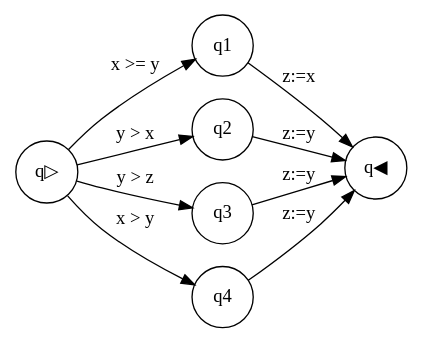
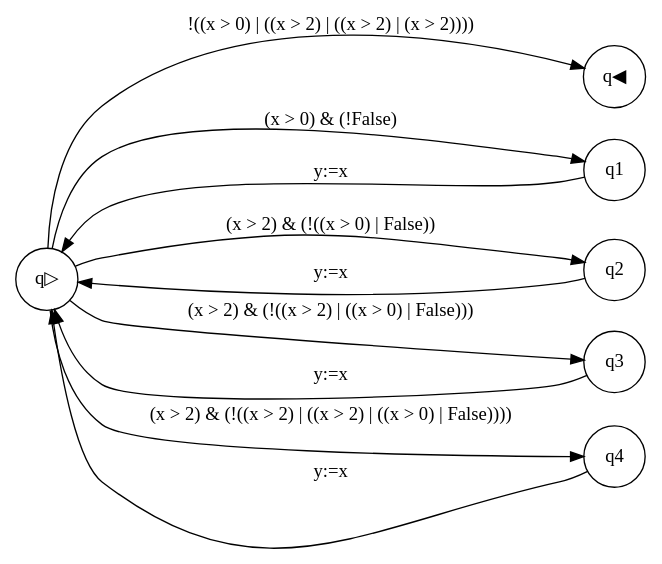
One commit to Luppilau/Parser changed the diagram in Parser/src/input-output/output.dot. Above: the diagram before and after it, drawn with Graphviz. The commit also changed 7 other files, not shown here.

```diff
--- a/Parser/src/input-output/output.dot
+++ b/Parser/src/input-output/output.dot
@@ -1,12 +1,13 @@
 digraph G {
 rankdir=LR;
 node [shape = circle]
-q1 -> q◀ [label="z:=x"] 
-q▷ -> q1 [label="x >= y"] 
-q2 -> q◀ [label="z:=y"] 
-q▷ -> q2 [label="y > x"] 
-q3 -> q◀ [label="z:=y"] 
-q▷ -> q3 [label="y > z"] 
-q4 -> q◀ [label="z:=y"] 
-q▷ -> q4 [label="x > y"] 
+q▷ -> q◀ [label="!((x > 0) | ((x > 2) | ((x > 2) | (x > 2))))"] 
+q▷ -> q1 [label="(x > 0) & (!False)"] 
+q1 -> q▷ [label="y:=x"] 
+q▷ -> q2 [label="(x > 2) & (!((x > 0) | False))"] 
+q2 -> q▷ [label="y:=x"] 
+q▷ -> q3 [label="(x > 2) & (!((x > 2) | ((x > 0) | False)))"] 
+q3 -> q▷ [label="y:=x"] 
+q▷ -> q4 [label="(x > 2) & (!((x > 2) | ((x > 2) | ((x > 0) | False))))"] 
+q4 -> q▷ [label="y:=x"] 
 }
```
